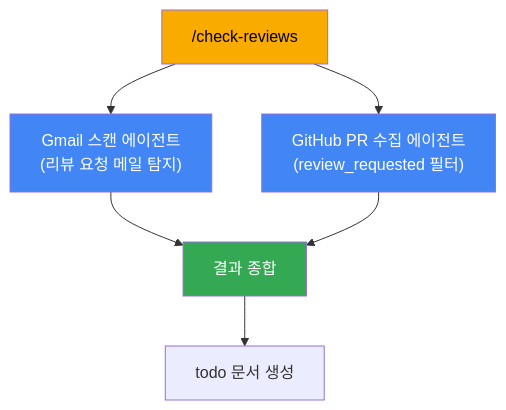
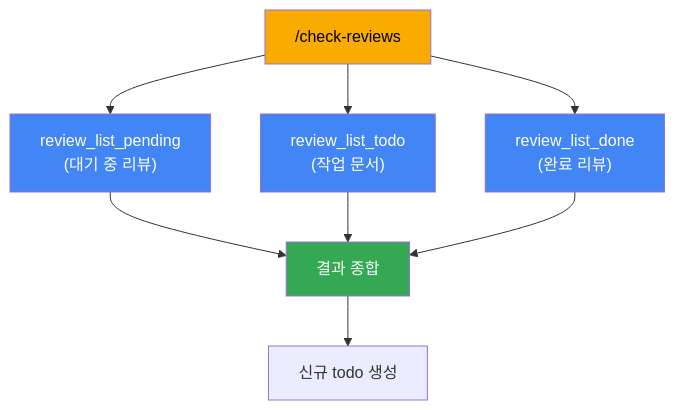
The fifth of 9 diagrams in docs/pattern-analysis.md (0xmhha/agent-forge), drawn with Mermaid before and after one commit. The commit also changed other lines of this file and 8 other files, not shown here.

First line of the commit message:
docs: update README, ROADMAP, and fix review findings

````diff
--- a/docs/pattern-analysis.md
+++ b/docs/pattern-analysis.md
@@ -188,13 +188,16 @@
 ```mermaid
 flowchart TD
-    CR["/check-reviews"] --> G["Gmail 스캔 에이전트<br/>(리뷰 요청 메일 탐지)"]
-    CR --> GH["GitHub PR 수집 에이전트<br/>(review_requested 필터)"]
-    G --> AGG["결과 종합"]
-    GH --> AGG
-    AGG --> TODO["todo 문서 생성"]
+    CR["/check-reviews"] --> P["review_list_pending<br/>(대기 중 리뷰)"]
+    CR --> T["review_list_todo<br/>(작업 문서)"]
+    CR --> D["review_list_done<br/>(완료 리뷰)"]
+    P --> AGG["결과 종합"]
+    T --> AGG
+    D --> AGG
+    AGG --> TODO["신규 todo 생성"]
 
     style CR fill:#F9AB00,color:#000
-    style G fill:#4285F4,color:#fff
-    style GH fill:#4285F4,color:#fff
+    style P fill:#4285F4,color:#fff
+    style T fill:#4285F4,color:#fff
+    style D fill:#4285F4,color:#fff
     style AGG fill:#34A853,color:#fff
 ```
````
